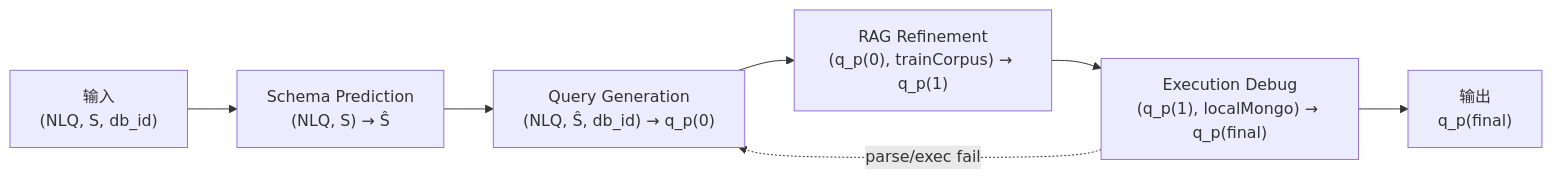
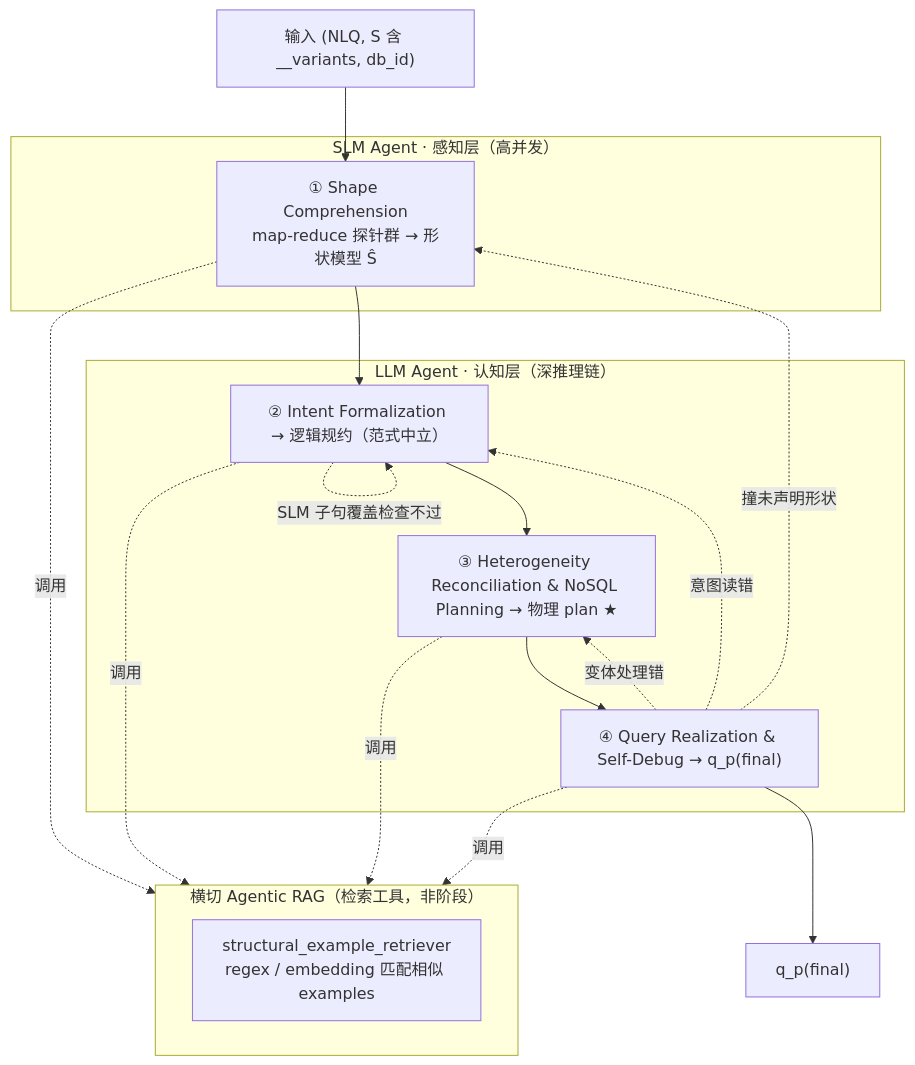
The diagram in proposals/06_solution_design.md (Jinwei-Lu/Text-to-NoSQL), drawn with Mermaid before and after one commit. The commit also changed other lines of this file and 3 other files, not shown here.

First line of the commit message:
Redesign SMART solver as schema-less agentic (2 agents / 4 stages)

````diff
--- a/proposals/06_solution_design.md
+++ b/proposals/06_solution_design.md
@@ -27,16 +33,29 @@
 ```mermaid
-flowchart LR
-  input["输入<br/>(NLQ, S, db_id)"]
-  schemaPred["Schema Prediction<br/>(NLQ, S) → Ŝ"]
-  queryGen["Query Generation<br/>(NLQ, Ŝ, db_id) → q_p(0)"]
-  ragRefine["RAG Refinement<br/>(q_p(0), trainCorpus) → q_p(1)"]
-  execDebug["Execution Debug<br/>(q_p(1), localMongo) → q_p(final)"]
-  output["输出<br/>q_p(final)"]
+flowchart TB
+  input["输入 (NLQ, S 含 __variants, db_id)"]
 
-  input --> schemaPred
-  schemaPred --> queryGen
-  queryGen --> ragRefine
-  ragRefine --> execDebug
-  execDebug --> output
-  execDebug -. "parse/exec fail" .-> queryGen
+  subgraph slm["SLM Agent · 感知层（高并发）"]
+    s1["① Shape Comprehension<br/>map-reduce 探针群 → 形状模型 Ŝ"]
+  end
+
+  subgraph llm["LLM Agent · 认知层（深推理链）"]
+    s2["② Intent Formalization → 逻辑规约（范式中立）"]
+    s3["③ Heterogeneity Reconciliation & NoSQL Planning → 物理 plan ★"]
+    s4["④ Query Realization & Self-Debug → q_p(final)"]
+  end
+
+  subgraph rag["横切 Agentic RAG（检索工具，非阶段）"]
+    r1["structural_example_retriever<br/>regex / embedding 匹配相似 examples"]
+  end
+
+  input --> s1 --> s2 --> s3 --> s4 --> out["q_p(final)"]
+  s4 -. "变体处理错" .-> s3
+  s4 -. "意图读错" .-> s2
+  s4 -. "撞未声明形状" .-> s1
+  s2 -. "SLM 子句覆盖检查不过" .-> s2
+
+  s1 -. 调用 .-> rag
+  s2 -. 调用 .-> rag
+  s3 -. 调用 .-> rag
+  s4 -. 调用 .-> rag
 ```
````
